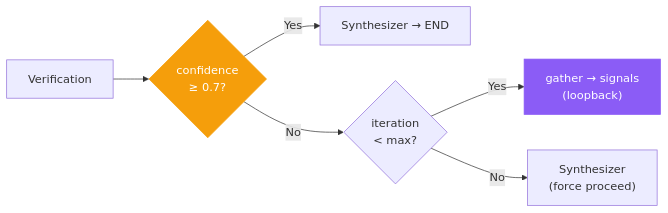
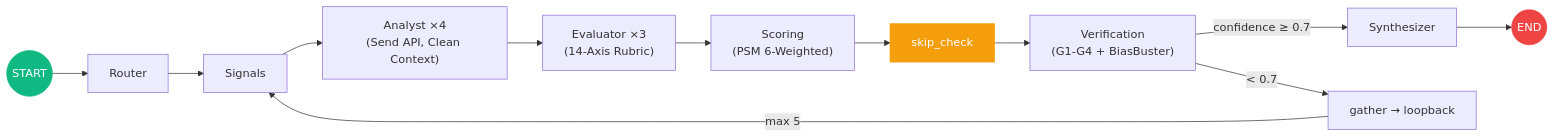
The tenth of 11 diagrams in README.md (mangowhoiscloud/geode), drawn with Mermaid before and after one commit. The commit also changed other lines of this file, not shown here.

````diff
--- a/README.md
+++ b/README.md
@@ -811,11 +433,18 @@
 ```mermaid
 graph LR
-    V["Verification"] --> Gate{confidence<br/>≥ 0.7?}
-    Gate -->|Yes| S["Synthesizer → END"]
-    Gate -->|No| Check{iteration<br/>< max?}
-    Check -->|Yes| G["gather → signals<br/>(loopback)"]
-    Check -->|No| S2["Synthesizer<br/>(force proceed)"]
+    START((START)) --> Router
+    Router --> Signals
+    Signals --> A["Analyst ×4<br/>(Send API, Clean Context)"]
+    A --> E["Evaluator ×3<br/>(14-Axis Rubric)"]
+    E --> Scoring["Scoring<br/>(PSM 6-Weighted)"]
+    Scoring --> SkipCheck["skip_check"]
+    SkipCheck --> V["Verification<br/>(G1-G4 + BiasBuster)"]
+    V -->|"confidence ≥ 0.7"| Synth["Synthesizer"]
+    V -->|"< 0.7"| Gather["gather → loopback"]
+    Gather -->|"max 5"| Signals
+    Synth --> END((END))
 
-    style Gate fill:#f59e0b,stroke:#f59e0b,color:#fff
-    style G fill:#8b5cf6,stroke:#8b5cf6,color:#fff
+    style START fill:#10b981,stroke:#10b981,color:#fff
+    style END fill:#ef4444,stroke:#ef4444,color:#fff
+    style SkipCheck fill:#f59e0b,stroke:#f59e0b,color:#fff
 ```
````
